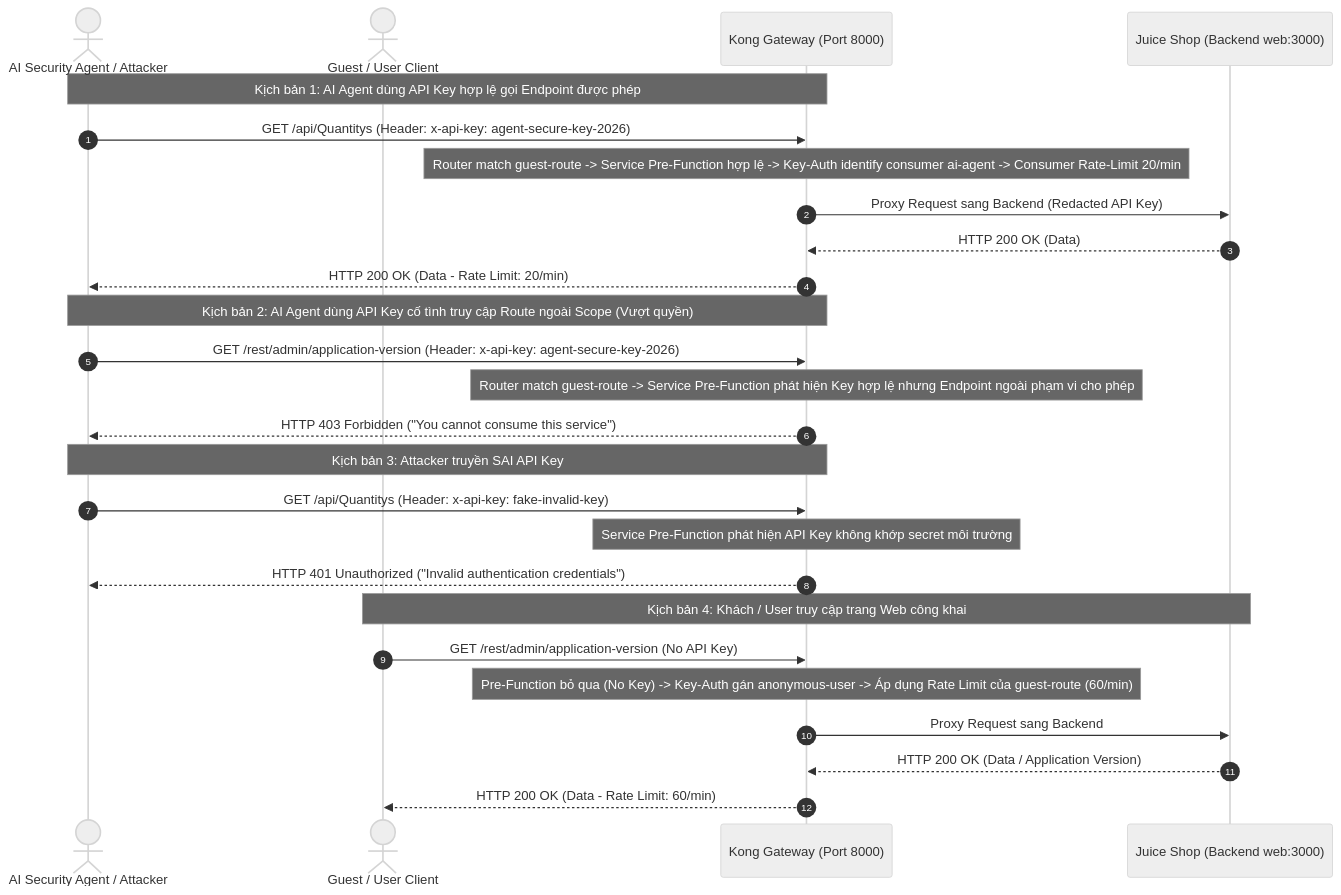
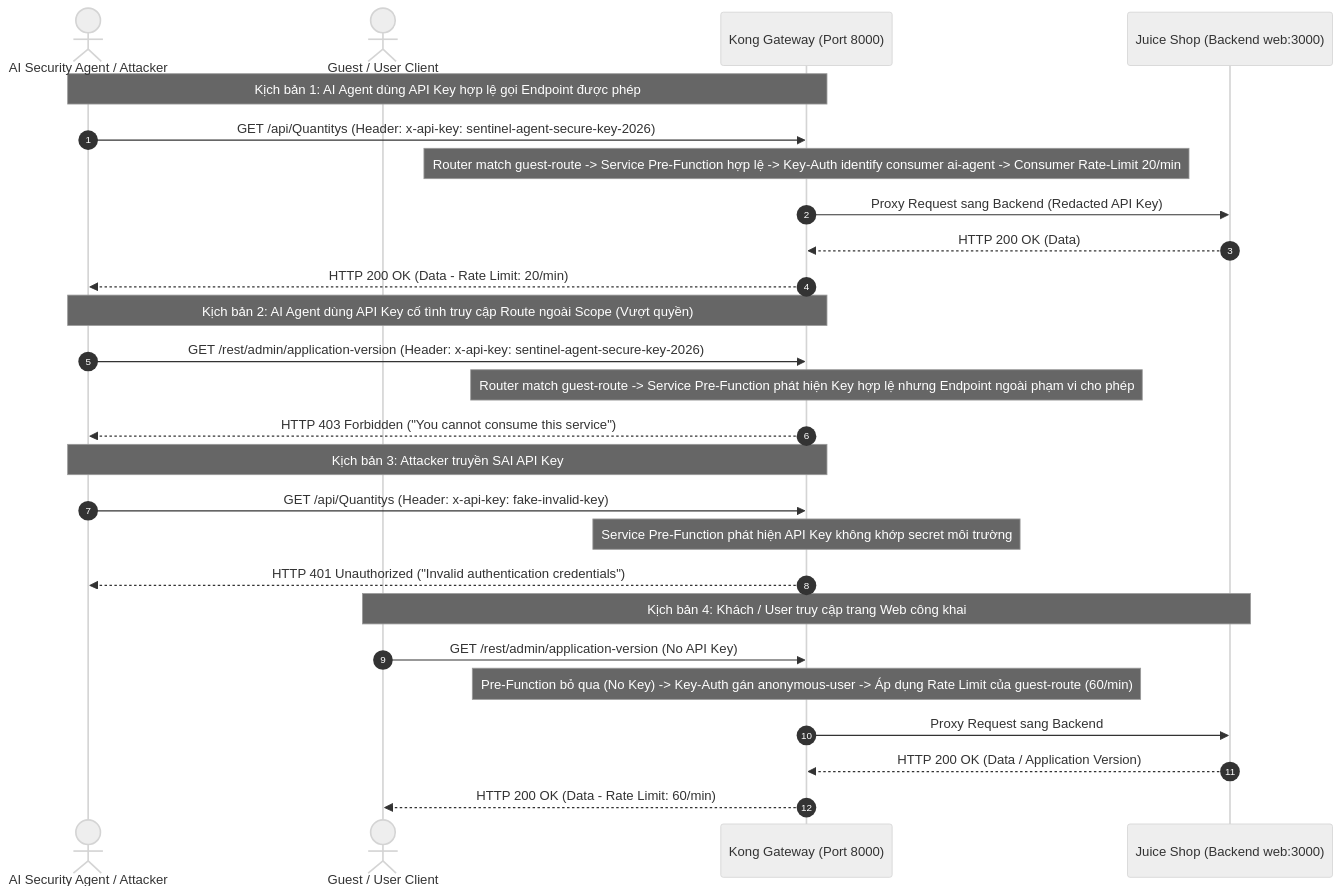
The second of 2 diagrams in docs/reports/week4-report.md (HuanNT03/SOC_Gateway_for_Juice-shop), drawn with Mermaid (neutral theme) before and after one commit. The commit also changed other lines of this file and 7 other files, not shown here.

Commit message:
feat(agent): nâng cấp Real AI Agent sử dụng OpenAI SDK với Alibaba Qwen API, loại bỏ hardcoded secret và bổ sung Tool Schema

````diff
--- a/docs/reports/week4-report.md
+++ b/docs/reports/week4-report.md
@@ -65,32 +65,32 @@
 ```mermaid
 sequenceDiagram
     autonumber
     actor Agent as AI Security Agent / Attacker
     actor Client as Guest / User Client
     participant Kong as Kong Gateway (Port 8000)
     participant Juice as Juice Shop (Backend web:3000)
 
     Note over Agent, Kong: Kịch bản 1: AI Agent dùng API Key hợp lệ gọi Endpoint được phép
-    Agent->>Kong: GET /api/Quantitys (Header: x-api-key: agent-secure-key-2026)
+    Agent->>Kong: GET /api/Quantitys (Header: x-api-key: sentinel-agent-secure-key-2026)
     Note over Kong: Router match guest-route -> Service Pre-Function hợp lệ -> Key-Auth identify consumer ai-agent -> Consumer Rate-Limit 20/min
     Kong->>Juice: Proxy Request sang Backend (Redacted API Key)
     Juice-->>Kong: HTTP 200 OK (Data)
     Kong-->>Agent: HTTP 200 OK (Data - Rate Limit: 20/min)
 
     Note over Agent, Kong: Kịch bản 2: AI Agent dùng API Key cố tình truy cập Route ngoài Scope (Vượt quyền)
-    Agent->>Kong: GET /rest/admin/application-version (Header: x-api-key: agent-secure-key-2026)
+    Agent->>Kong: GET /rest/admin/application-version (Header: x-api-key: sentinel-agent-secure-key-2026)
     Note over Kong: Router match guest-route -> Service Pre-Function phát hiện Key hợp lệ nhưng Endpoint ngoài phạm vi cho phép
     Kong-->>Agent: HTTP 403 Forbidden ("You cannot consume this service")
 
     Note over Agent, Kong: Kịch bản 3: Attacker truyền SAI API Key
     Agent->>Kong: GET /api/Quantitys (Header: x-api-key: fake-invalid-key)
     Note over Kong: Service Pre-Function phát hiện API Key không khớp secret môi trường
     Kong-->>Agent: HTTP 401 Unauthorized ("Invalid authentication credentials")
 
     Note over Client, Juice: Kịch bản 4: Khách / User truy cập trang Web công khai
     Client->>Kong: GET /rest/admin/application-version (No API Key)
     Note over Kong: Pre-Function bỏ qua (No Key) -> Key-Auth gán anonymous-user -> Áp dụng Rate Limit của guest-route (60/min)
     Kong->>Juice: Proxy Request sang Backend
     Juice-->>Kong: HTTP 200 OK (Data / Application Version)
     Kong-->>Client: HTTP 200 OK (Data - Rate Limit: 60/min)
 ```
````
